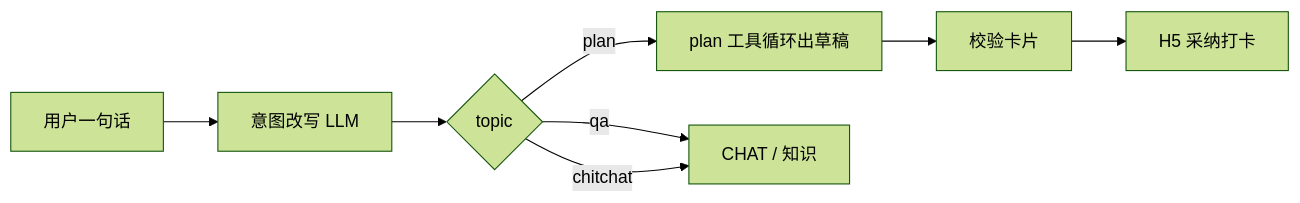
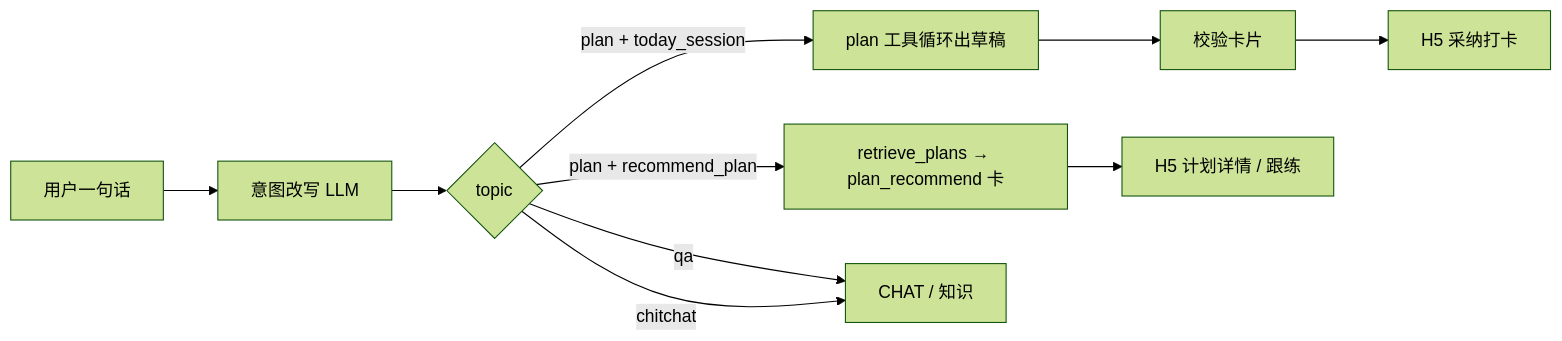
One commit to HuruHdx/Gym_coach changed the first of 2 diagrams in docs/项目地图.md. Above: the diagram before and after it, drawn with Mermaid (forest theme). The commit also changed other lines of this file and 2 other files, not shown here.

Commit message:
docs: 16 号教练回复多模态附件工单与 26 号卡片示意稿，同步项目地图

````diff
--- a/docs/项目地图.md
+++ b/docs/项目地图.md
@@ -52,10 +56,12 @@
 ```mermaid
 flowchart LR
   U[用户一句话] --> R[意图改写 LLM]
   R --> T{topic}
-  T -->|plan| P[plan 工具循环出草稿]
+  T -->|plan + today_session| P[plan 工具循环出草稿]
+  T -->|plan + recommend_plan| RP[retrieve_plans → plan_recommend 卡]
   T -->|qa| C[CHAT / 知识]
   T -->|chitchat| C
   P --> V[校验卡片]
   V --> H5[H5 采纳打卡]
+  RP --> H5P[H5 计划详情 / 跟练]
 ```
````
